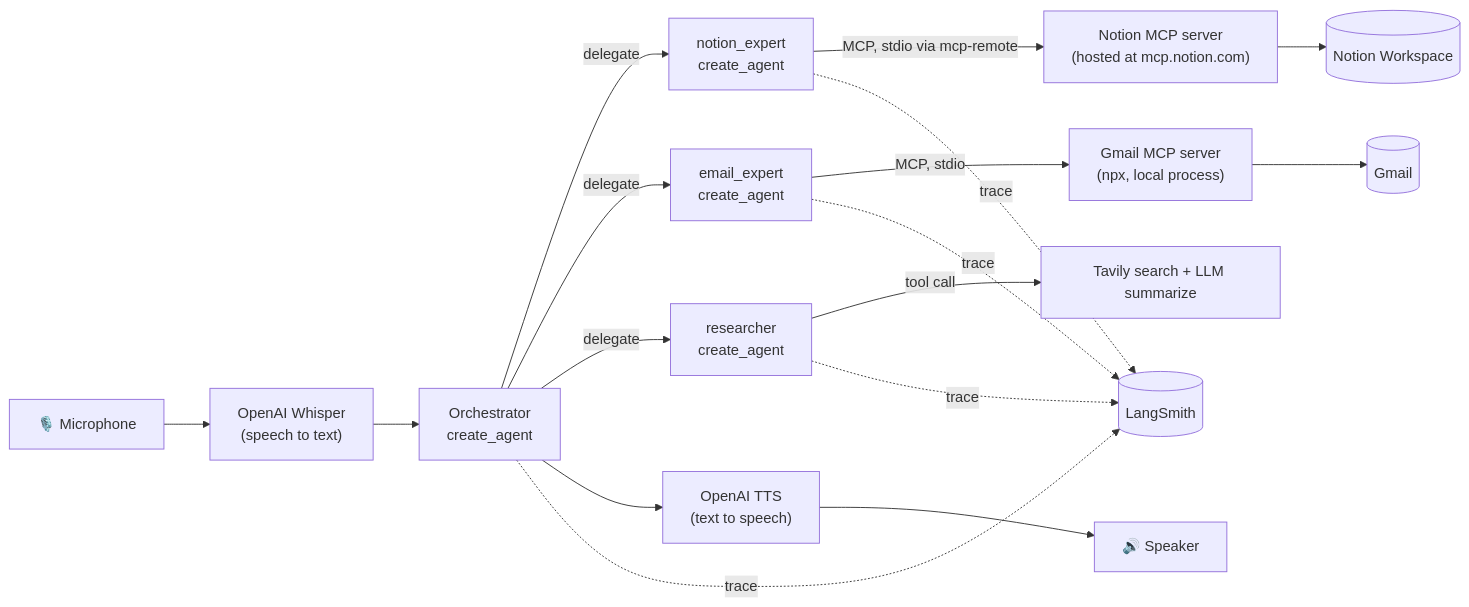
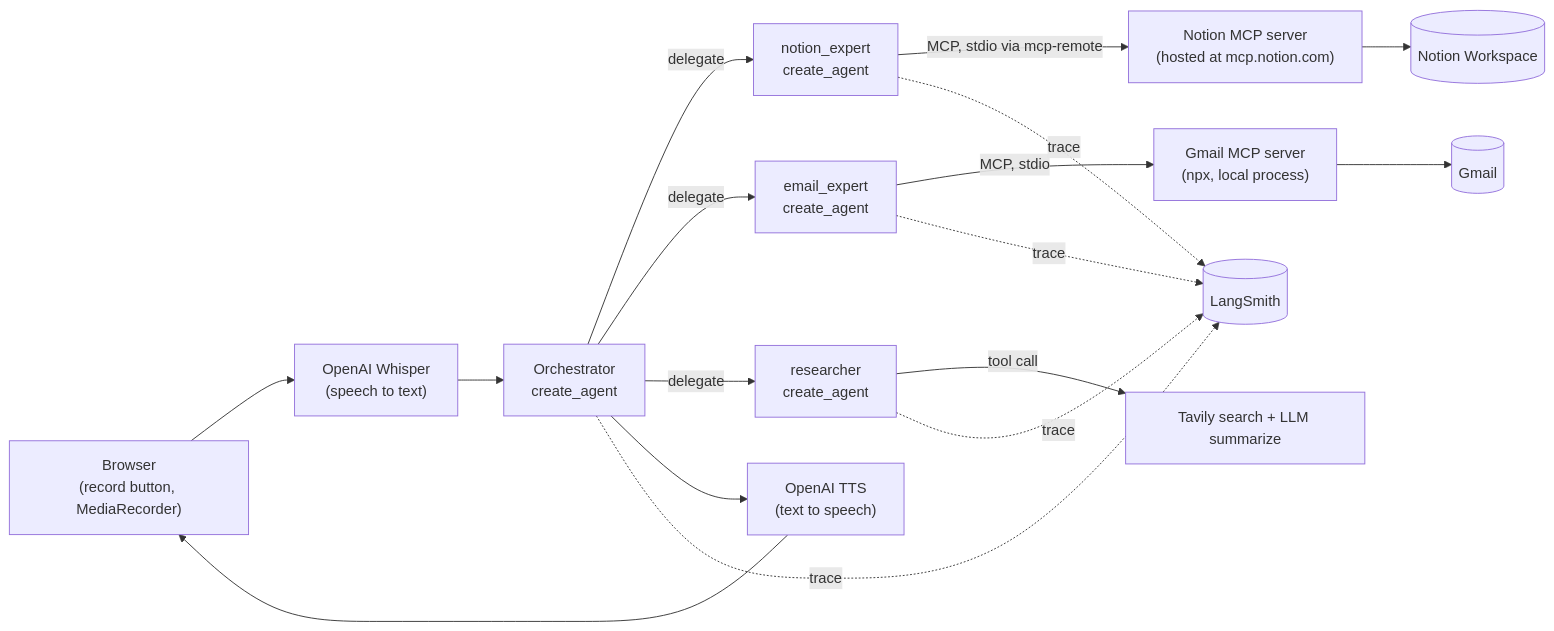
One commit to zahere-dev/langchain-voice-agent-tutorial changed the first of 3 diagrams in README.md. Above: the diagram before and after it, drawn with Mermaid. The commit also changed other lines of this file and 9 other files, not shown here.

First line of the commit message:
Refactor voice_notion_agent: Remove audio I/O, STT, and TTS modules; introduce speech_to_text and text_to_speech modules

````diff
--- a/README.md
+++ b/README.md
@@ -44,19 +44,19 @@
 ```mermaid
 flowchart LR
-    Mic["🎙️ Microphone"] --> STT["OpenAI Whisper\n(speech to text)"]
+    Browser["Browser\n(record button, MediaRecorder)"] --> STT["OpenAI Whisper\n(speech to text)"]
     STT --> Orch["Orchestrator\ncreate_agent"]
     Orch -->|delegate| NE["notion_expert\ncreate_agent"]
     Orch -->|delegate| EE["email_expert\ncreate_agent"]
     Orch -->|delegate| RS["researcher\ncreate_agent"]
     NE -->|MCP, stdio via mcp-remote| NotionMCP["Notion MCP server\n(hosted at mcp.notion.com)"]
     EE -->|MCP, stdio| GmailMCP["Gmail MCP server\n(npx, local process)"]
     RS -->|tool call| Search["Tavily search + LLM summarize"]
     NotionMCP --> Notion[("Notion Workspace")]
     GmailMCP --> Gmail[("Gmail")]
     Orch --> TTS["OpenAI TTS\n(text to speech)"]
-    TTS --> Speaker["🔊 Speaker"]
+    TTS --> Browser
     Orch -.trace.-> LangSmith[("LangSmith")]
     NE -.trace.-> LangSmith
     EE -.trace.-> LangSmith
     RS -.trace.-> LangSmith
 ```
````
